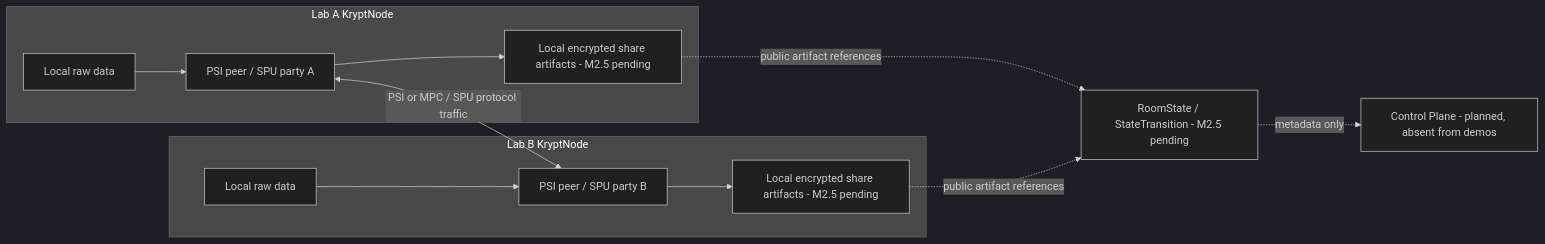
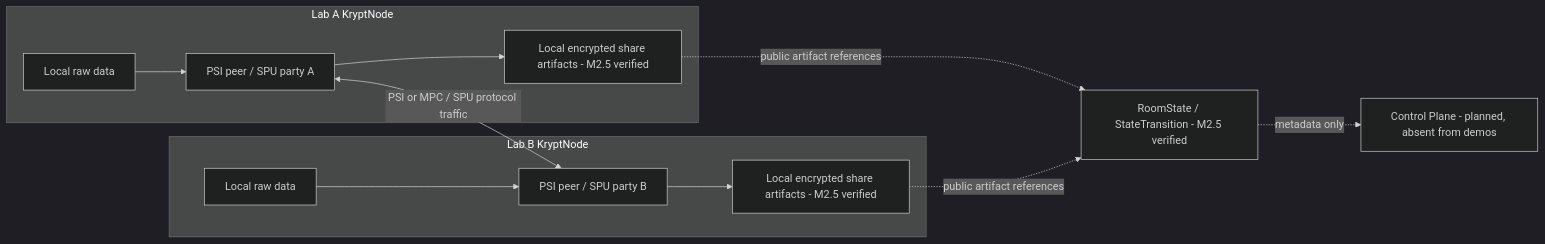
The diagram in README.md (e-sall/KryptRoom), drawn with Mermaid (dark theme) before and after one commit. The commit also changed other lines of this file and 9 other files, not shown here.

Commit message:
docs: record verified persistent RoomState integration

````diff
--- a/README.md
+++ b/README.md
@@ -36,21 +34,21 @@
 ```mermaid
 flowchart LR
   subgraph A[Lab A KryptNode]
     DA[Local raw data]
     RA[PSI peer / SPU party A]
-    EA[Local encrypted share artifacts - M2.5 pending]
+    EA[Local encrypted share artifacts - M2.5 verified]
     DA --> RA
     RA --> EA
   end
   subgraph B[Lab B KryptNode]
     DB[Local raw data]
     RB[PSI peer / SPU party B]
-    EB[Local encrypted share artifacts - M2.5 pending]
+    EB[Local encrypted share artifacts - M2.5 verified]
     DB --> RB
     RB --> EB
   end
   RA <-->|PSI or MPC / SPU protocol traffic| RB
-  EA -. public artifact references .-> S[RoomState / StateTransition - M2.5 pending]
+  EA -. public artifact references .-> S[RoomState / StateTransition - M2.5 verified]
   EB -. public artifact references .-> S
   S -. metadata only .-> CP[Control Plane - planned, absent from demos]
 ```
````
